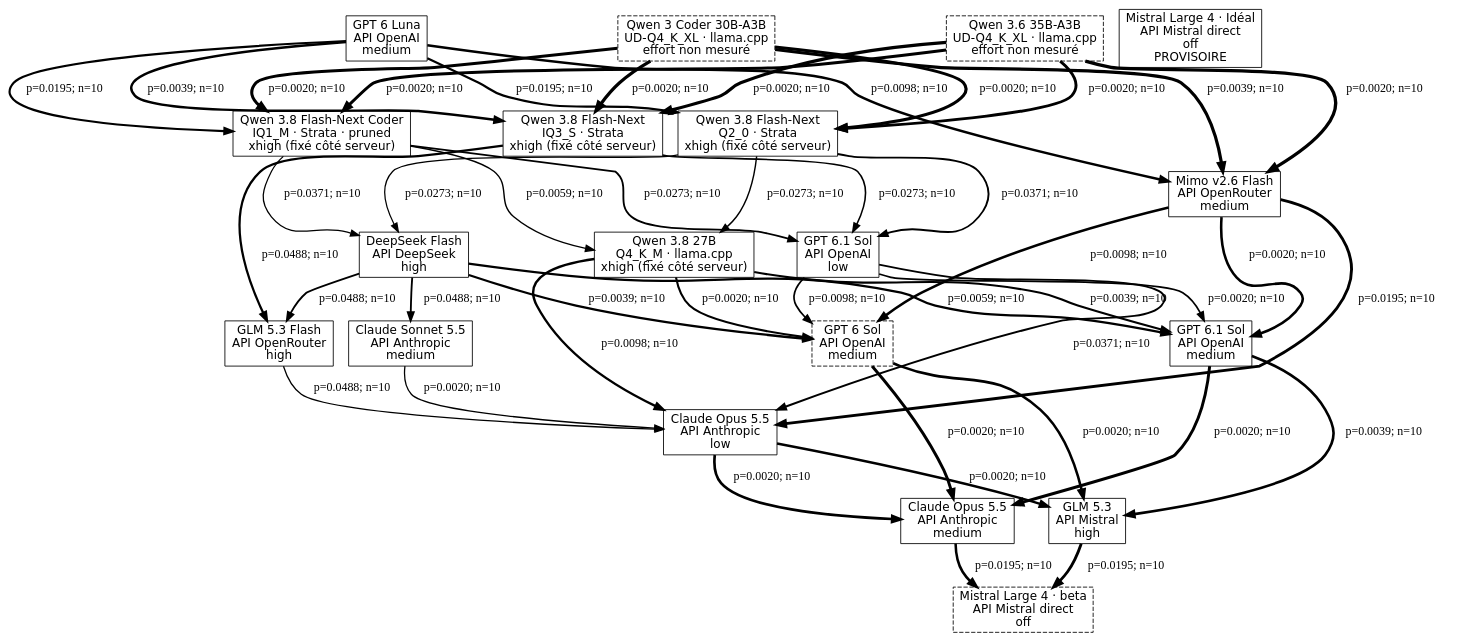
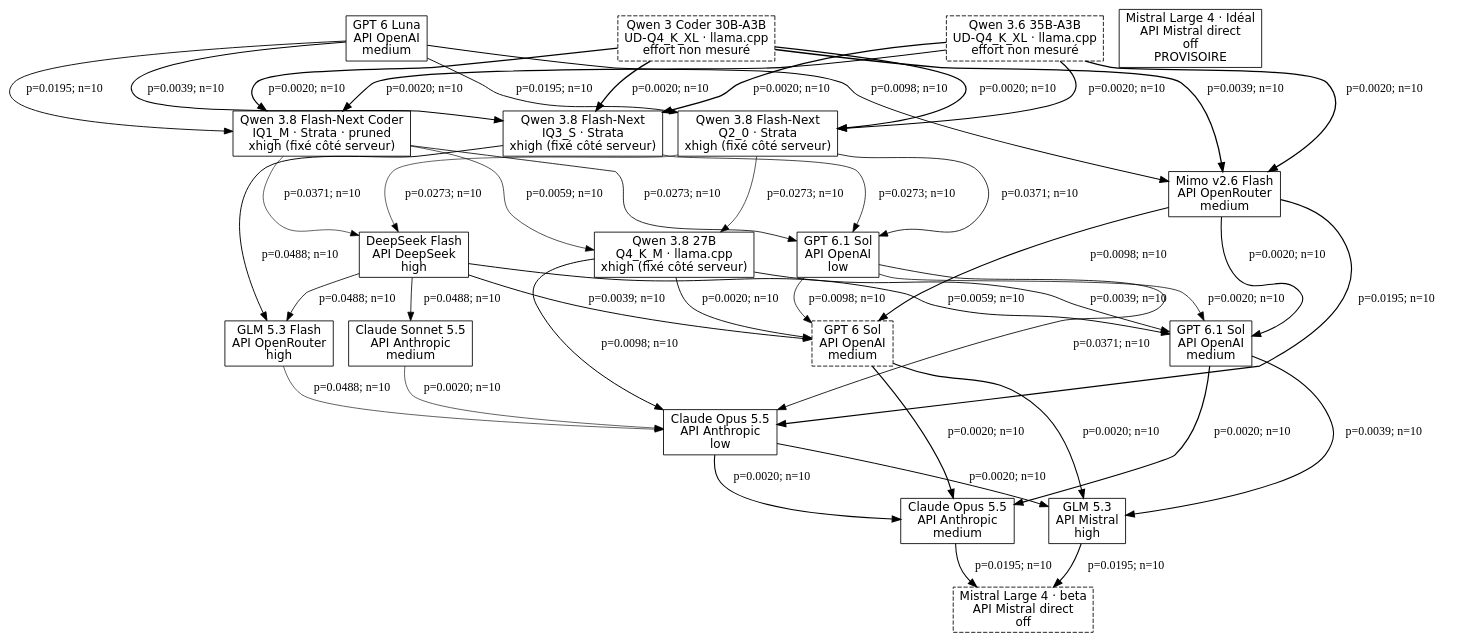
The diagram in docs/tournament-graphs/cost_usd.dot (MinhHaDuong/ImperialDragonHarness), drawn with Graphviz before and after one commit. The commit also changed 9 other files, not shown here.

```diff
--- a/docs/tournament-graphs/cost_usd.dot
+++ b/docs/tournament-graphs/cost_usd.dot
@@ -1,66 +1,66 @@
 digraph G {
 rankdir=TB;
 node [shape=box, fontname="DejaVu Sans"];
 a [label="Qwen 3.8 27B\nQ4_K_M · llama.cpp\nxhigh (fixé côté serveur)"];
 b [label="Qwen 3.8 Flash-Next Coder\nIQ1_M · Strata · pruned\nxhigh (fixé côté serveur)"];
 b2 [label="Qwen 3.8 Flash-Next\nIQ3_S · Strata\nxhigh (fixé côté serveur)"];
 b3 [label="Qwen 3.8 Flash-Next\nQ2_0 · Strata\nxhigh (fixé côté serveur)"];
 c [label="Qwen 3.6 35B-A3B\nUD-Q4_K_XL · llama.cpp\neffort non mesuré", style="dashed"];
 c2 [label="Qwen 3 Coder 30B-A3B\nUD-Q4_K_XL · llama.cpp\neffort non mesuré", style="dashed"];
 d [label="Claude Opus 5.5\nAPI Anthropic\nmedium"];
 d2 [label="Claude Opus 5.5\nAPI Anthropic\nlow"];
 e [label="GPT 6 Sol\nAPI OpenAI\nmedium", style="dashed"];
 e2 [label="GPT 6.1 Sol\nAPI OpenAI\nlow"];
 e3 [label="GPT 6.1 Sol\nAPI OpenAI\nmedium"];
 f [label="GLM 5.3\nAPI Mistral\nhigh"];
 g [label="Claude Sonnet 5.5\nAPI Anthropic\nmedium"];
 i [label="DeepSeek Flash\nAPI DeepSeek\nhigh"];
 j [label="GLM 5.3 Flash\nAPI OpenRouter\nhigh"];
 k [label="Mimo v2.6 Flash\nAPI OpenRouter\nmedium"];
 l [label="GPT 6 Luna\nAPI OpenAI\nmedium"];
 mi [label="Mistral Large 4 · Idéal\nAPI Mistral direct\noff\nPROVISOIRE"];
 mr [label="Mistral Large 4 · beta\nAPI Mistral direct\noff", style="dashed"];
-a -> d2 [label="p=0.0098; n=10", penwidth=2.795];
-a -> e [label="p=0.0020; n=10", penwidth=2.496];
-a -> e3 [label="p=0.0039; n=10", penwidth=2.479];
-b -> a [label="p=0.0059; n=10", penwidth=1.660];
-b -> e2 [label="p=0.0273; n=10", penwidth=2.172];
-b -> i [label="p=0.0371; n=10", penwidth=1.476];
-b2 -> e2 [label="p=0.0273; n=10", penwidth=1.860];
-b2 -> j [label="p=0.0488; n=10", penwidth=2.648];
-b3 -> a [label="p=0.0273; n=10", penwidth=1.644];
-b3 -> e2 [label="p=0.0371; n=10", penwidth=2.156];
-b3 -> i [label="p=0.0273; n=10", penwidth=1.460];
-c -> b [label="p=0.0020; n=10", penwidth=3.385];
-c -> b2 [label="p=0.0020; n=10", penwidth=3.697];
-c -> b3 [label="p=0.0020; n=10", penwidth=3.401];
-c -> k [label="p=0.0020; n=10", penwidth=3.800];
-c2 -> b [label="p=0.0020; n=10", penwidth=3.603];
-c2 -> b2 [label="p=0.0020; n=10", penwidth=3.800];
-c2 -> b3 [label="p=0.0020; n=10", penwidth=3.619];
-c2 -> k [label="p=0.0039; n=10", penwidth=3.800];
-d -> mr [label="p=0.0195; n=10", penwidth=2.971];
-d2 -> d [label="p=0.0020; n=10", penwidth=3.146];
-d2 -> f [label="p=0.0020; n=10", penwidth=2.764];
-e -> d [label="p=0.0020; n=10", penwidth=3.444];
-e -> f [label="p=0.0020; n=10", penwidth=3.063];
-e2 -> d2 [label="p=0.0371; n=10", penwidth=2.282];
-e2 -> e [label="p=0.0098; n=10", penwidth=1.984];
-e2 -> e3 [label="p=0.0020; n=10", penwidth=1.966];
-e3 -> d [label="p=0.0020; n=10", penwidth=3.461];
-e3 -> f [label="p=0.0039; n=10", penwidth=3.080];
-f -> mr [label="p=0.0195; n=10", penwidth=3.353];
-g -> d2 [label="p=0.0020; n=10", penwidth=1.504];
-i -> e [label="p=0.0039; n=10", penwidth=2.680];
-i -> e3 [label="p=0.0059; n=10", penwidth=2.663];
-i -> g [label="p=0.0488; n=10", penwidth=2.174];
-i -> j [label="p=0.0488; n=10", penwidth=2.184];
-j -> d2 [label="p=0.0488; n=10", penwidth=1.494];
-k -> d2 [label="p=0.0195; n=10", penwidth=3.327];
-k -> e [label="p=0.0098; n=10", penwidth=3.029];
-k -> e3 [label="p=0.0020; n=10", penwidth=3.012];
-l -> b [label="p=0.0195; n=10", penwidth=2.542];
-l -> b2 [label="p=0.0039; n=10", penwidth=2.854];
-l -> b3 [label="p=0.0195; n=10", penwidth=2.558];
-l -> k [label="p=0.0098; n=10", penwidth=2.968];
+a -> d2 [label="p=0.0098; n=10", penwidth=1.159];
+a -> e [label="p=0.0020; n=10", penwidth=1.058];
+a -> e3 [label="p=0.0039; n=10", penwidth=1.053];
+b -> a [label="p=0.0059; n=10", penwidth=0.775];
+b -> e2 [label="p=0.0273; n=10", penwidth=0.949];
+b -> i [label="p=0.0371; n=10", penwidth=0.713];
+b2 -> e2 [label="p=0.0273; n=10", penwidth=0.843];
+b2 -> j [label="p=0.0488; n=10", penwidth=1.110];
+b3 -> a [label="p=0.0273; n=10", penwidth=0.770];
+b3 -> e2 [label="p=0.0371; n=10", penwidth=0.943];
+b3 -> i [label="p=0.0273; n=10", penwidth=0.707];
+c -> b [label="p=0.0020; n=10", penwidth=1.359];
+c -> b2 [label="p=0.0020; n=10", penwidth=1.465];
+c -> b3 [label="p=0.0020; n=10", penwidth=1.365];
+c -> k [label="p=0.0020; n=10", penwidth=1.500];
+c2 -> b [label="p=0.0020; n=10", penwidth=1.433];
+c2 -> b2 [label="p=0.0020; n=10", penwidth=1.500];
+c2 -> b3 [label="p=0.0020; n=10", penwidth=1.439];
+c2 -> k [label="p=0.0039; n=10", penwidth=1.500];
+d -> mr [label="p=0.0195; n=10", penwidth=1.219];
+d2 -> d [label="p=0.0020; n=10", penwidth=1.278];
+d2 -> f [label="p=0.0020; n=10", penwidth=1.149];
+e -> d [label="p=0.0020; n=10", penwidth=1.379];
+e -> f [label="p=0.0020; n=10", penwidth=1.250];
+e2 -> d2 [label="p=0.0371; n=10", penwidth=0.986];
+e2 -> e [label="p=0.0098; n=10", penwidth=0.885];
+e2 -> e3 [label="p=0.0020; n=10", penwidth=0.879];
+e3 -> d [label="p=0.0020; n=10", penwidth=1.385];
+e3 -> f [label="p=0.0039; n=10", penwidth=1.256];
+f -> mr [label="p=0.0195; n=10", penwidth=1.348];
+g -> d2 [label="p=0.0020; n=10", penwidth=0.722];
+i -> e [label="p=0.0039; n=10", penwidth=1.121];
+i -> e3 [label="p=0.0059; n=10", penwidth=1.115];
+i -> g [label="p=0.0488; n=10", penwidth=0.949];
+i -> j [label="p=0.0488; n=10", penwidth=0.953];
+j -> d2 [label="p=0.0488; n=10", penwidth=0.719];
+k -> d2 [label="p=0.0195; n=10", penwidth=1.340];
+k -> e [label="p=0.0098; n=10", penwidth=1.239];
+k -> e3 [label="p=0.0020; n=10", penwidth=1.233];
+l -> b [label="p=0.0195; n=10", penwidth=1.074];
+l -> b2 [label="p=0.0039; n=10", penwidth=1.179];
+l -> b3 [label="p=0.0195; n=10", penwidth=1.079];
+l -> k [label="p=0.0098; n=10", penwidth=1.218];
 }
```
